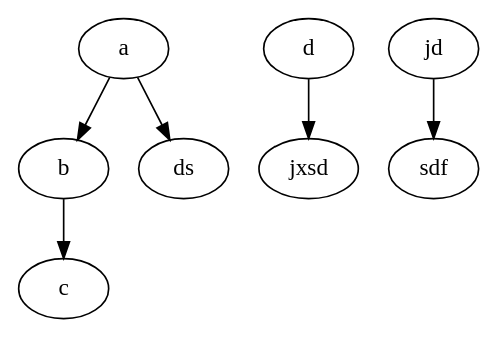
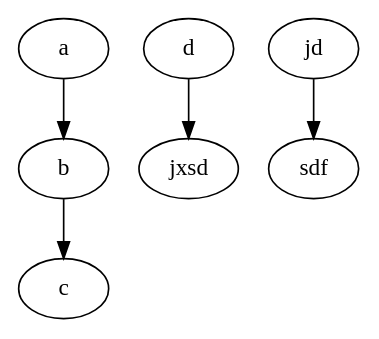
The diagram in test.dot (t3hmun/gvuv), drawn with Graphviz before and after one commit. The commit also changed 1 other file, not shown here.

```diff
--- a/test.dot
+++ b/test.dot
@@ -1,7 +1,6 @@
 digraph {
 	a -> b
 	b -> c
-	a -> ds
 	d -> jxsd
 	jd -> sdf
 }
```
